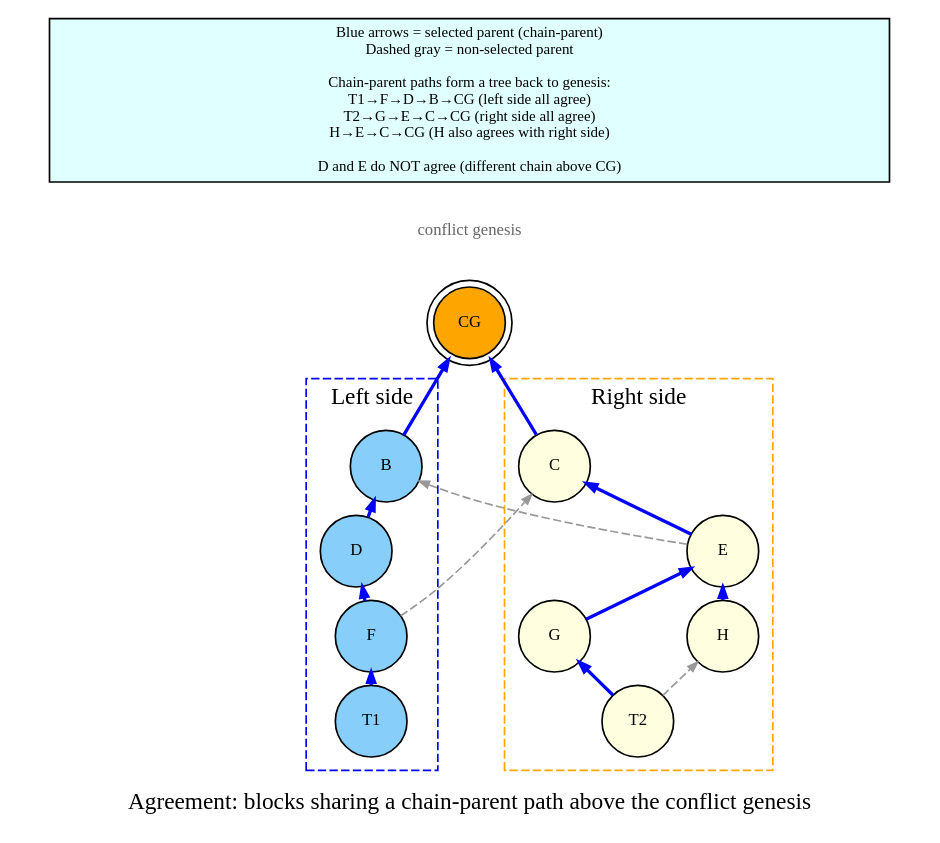
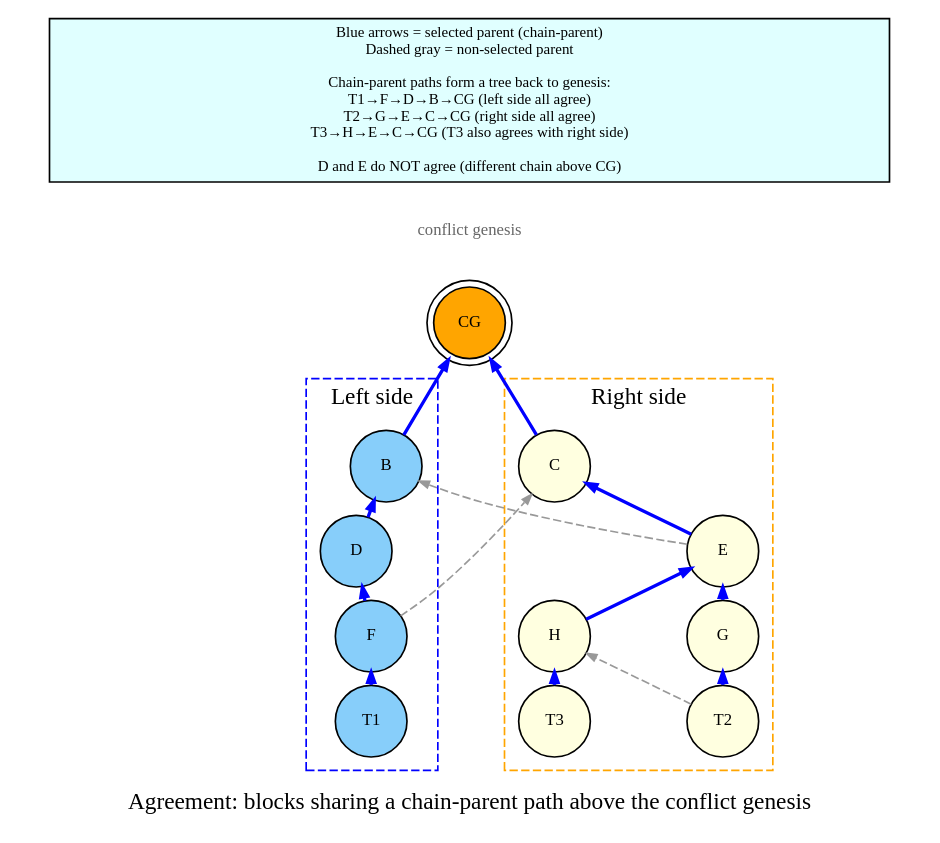
One commit to coderofstuff/dk-wiki changed the diagram in dot/03-agreement.dot. Above: the diagram before and after it, drawn with Graphviz. The commit also changed 3 other files, not shown here.

Commit message:
Better graphics for agreement

```diff
--- a/dot/03-agreement.dot
+++ b/dot/03-agreement.dot
@@ -1,64 +1,66 @@
 digraph agreement_example {
     rankdir=BT;
     nodesep=0.8;
     ranksep=0.1;
     node [shape=circle, style=filled, fontsize=10, width=0.6, height=0.6];
     edge [arrowsize=0.6, color=gray60];
 
     label="Agreement: blocks sharing a chain-parent path above the conflict genesis";
 
     CG [label="CG", fillcolor=orange, shape=doublecircle];
 
     // Left side: chain CG → B → D → F → T1
     subgraph cluster_left {
         label="Left side";
         labelloc=b;
         style="dashed";
         color=blue;
         B [label="B", fillcolor=lightskyblue];
         D [label="D", fillcolor=lightskyblue];
         F [label="F", fillcolor=lightskyblue];
         T1 [label="T1", fillcolor=lightskyblue];
     }
 
-    // Right side: chain CG → C → E → G → T2
+     // Right side: chain CG → C → E → G → T2 (with T3 branching off H)
     subgraph cluster_right {
         label="Right side";
         labelloc=b;
         style="dashed";
         color=orange;
         C [label="C", fillcolor=lightyellow];
         E [label="E", fillcolor=lightyellow];
         G [label="G", fillcolor=lightyellow];
         T2 [label="T2", fillcolor=lightyellow];
         H [label="H", fillcolor=lightyellow];
+        T3 [label="T3", fillcolor=lightyellow];
     }
 
     // CG label node
     CG_lbl [label="conflict genesis", shape=plaintext, style=filled, fillcolor=none, fontsize=10, fontcolor=gray40, width=0];
 
     // Annotation at bottom
-    NOTE [label="Blue arrows = selected parent (chain-parent)\nDashed gray = non-selected parent\n\nChain-parent paths form a tree back to genesis:\nT1→F→D→B→CG (left side all agree)\nT2→G→E→C→CG (right side all agree)\nH→E→C→CG (H also agrees with right side)\n\nD and E do NOT agree (different chain above CG)", shape=box, style=filled, fillcolor=lightcyan, fontsize=9, width=7];
+    NOTE [label="Blue arrows = selected parent (chain-parent)\nDashed gray = non-selected parent\n\nChain-parent paths form a tree back to genesis:\nT1→F→D→B→CG (left side all agree)\nT2→G→E→C→CG (right side all agree)\nT3→H→E→C→CG (T3 also agrees with right side)\n\nD and E do NOT agree (different chain above CG)", shape=box, style=filled, fillcolor=lightcyan, fontsize=9, width=7];
 
     // Blue edges = selected parent (chain-parent path)
     D -> B [color=blue, penwidth=2.0];
     F -> D [color=blue, penwidth=2.0];
     T1 -> F [color=blue, penwidth=2.0];
     E -> C [color=blue, penwidth=2.0];
     G -> E [color=blue, penwidth=2.0];
     T2 -> G [color=blue, penwidth=2.0];
     H -> E [color=blue, penwidth=2.0];
+    T3 -> H [color=blue, penwidth=2.0];
 
     // Blue to CG (selected parent of B and C)
     B -> CG [color=blue, penwidth=2.0];
     C -> CG [color=blue, penwidth=2.0];
 
     // Gray dashed = non-selected parent
     T2 -> H [color=gray60, penwidth=1.0, style=dashed];
     F -> C [color=gray60, penwidth=1.0, style=dashed];
     E -> B [color=gray60, penwidth=1.0, style=dashed];
 
     // Bottom chain from CG
     CG -> CG_lbl [style=invis];
     CG_lbl -> NOTE [style=invis];
 }
```
